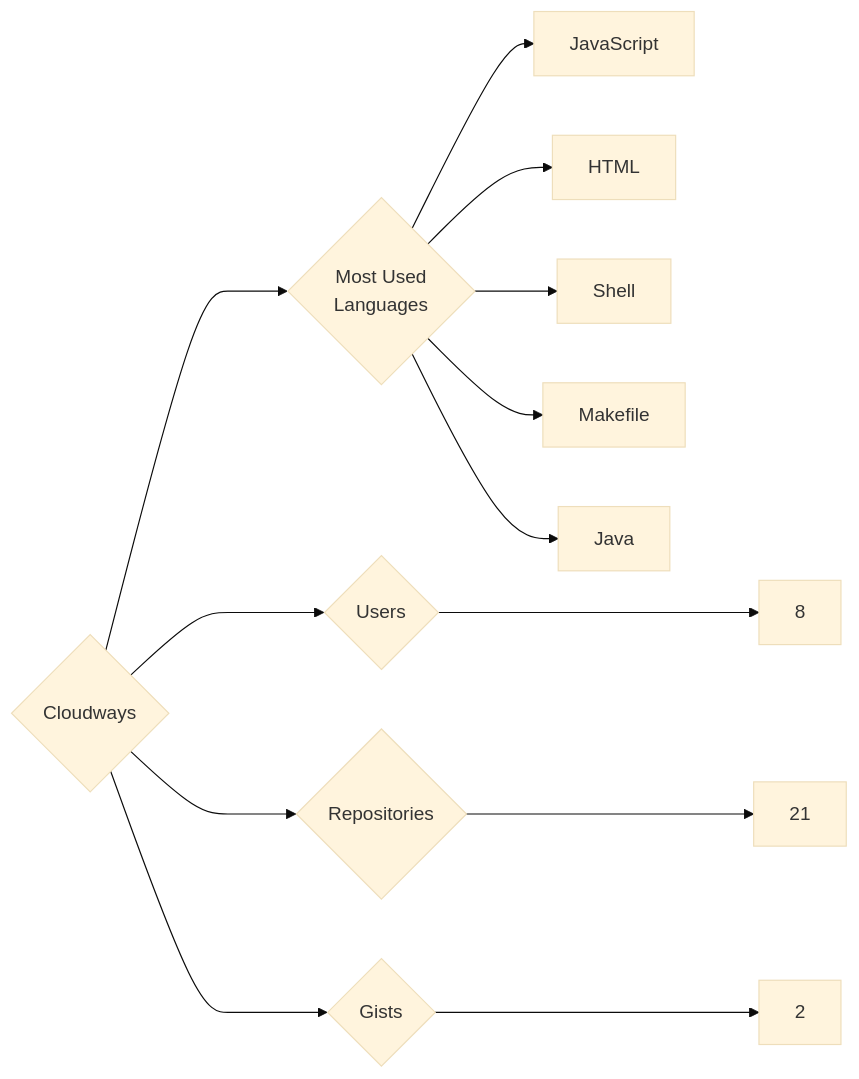
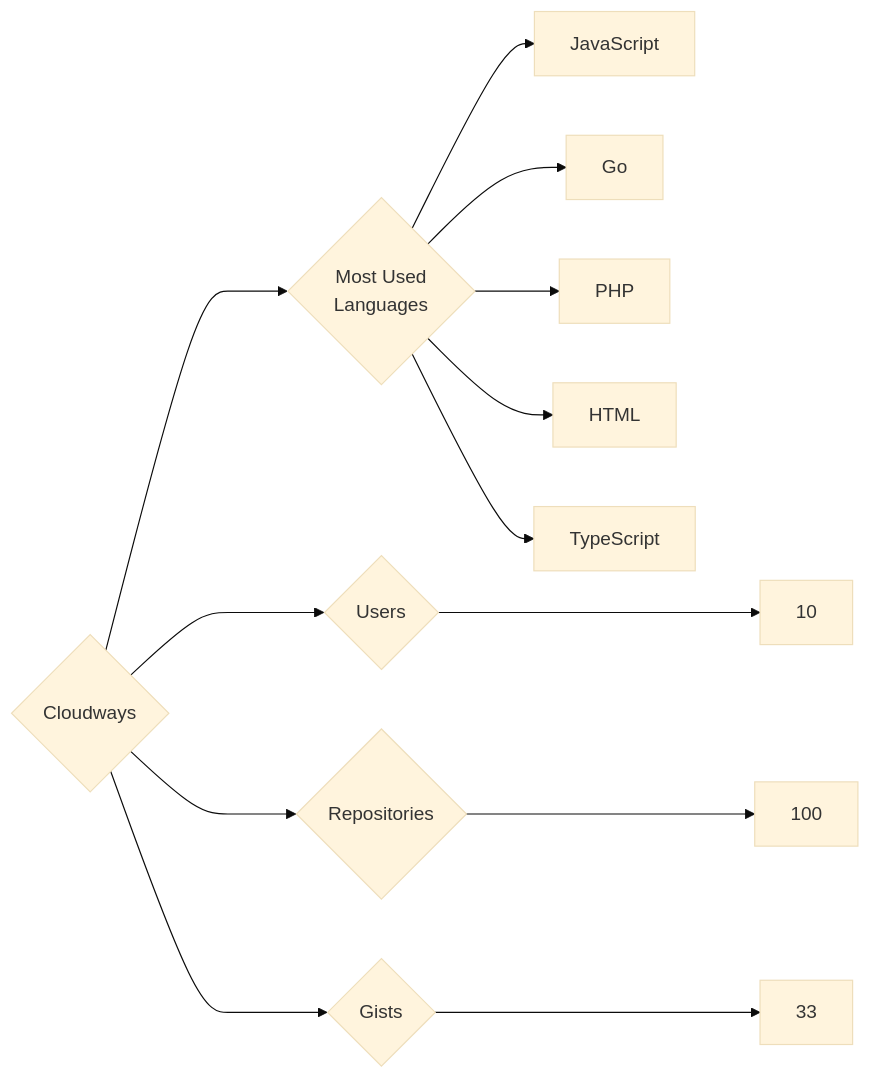
One commit to trickest/insiders changed the diagram in targets/Cloudways/README.md. Above: the diagram before and after it, drawn with Mermaid (base theme). The commit also changed 1092 other files, not shown here.

````diff
--- a/targets/Cloudways/README.md
+++ b/targets/Cloudways/README.md
@@ -3,13 +3,13 @@
 ```mermaid
 graph LR
 COMPANY_NAME{Cloudways}
-COMPANY_NAME ---> U{Users} ---> UN[8]
-COMPANY_NAME ---> R{Repositories} ---> RN[21]
-COMPANY_NAME ---> G{Gists} ---> GN[2]
+COMPANY_NAME ---> U{Users} ---> UN[10]
+COMPANY_NAME ---> R{Repositories} ---> RN[100]
+COMPANY_NAME ---> G{Gists} ---> GN[33]
 COMPANY_NAME ---> ML{Most Used<br>Languages}
 ML --> JavaScript[JavaScript]
+ML --> Go[Go]
+ML --> PHP[PHP]
 ML --> HTML[HTML]
-ML --> Shell[Shell]
-ML --> Makefile[Makefile]
-ML --> Java[Java]
+ML --> TypeScript[TypeScript]
 ```
````
